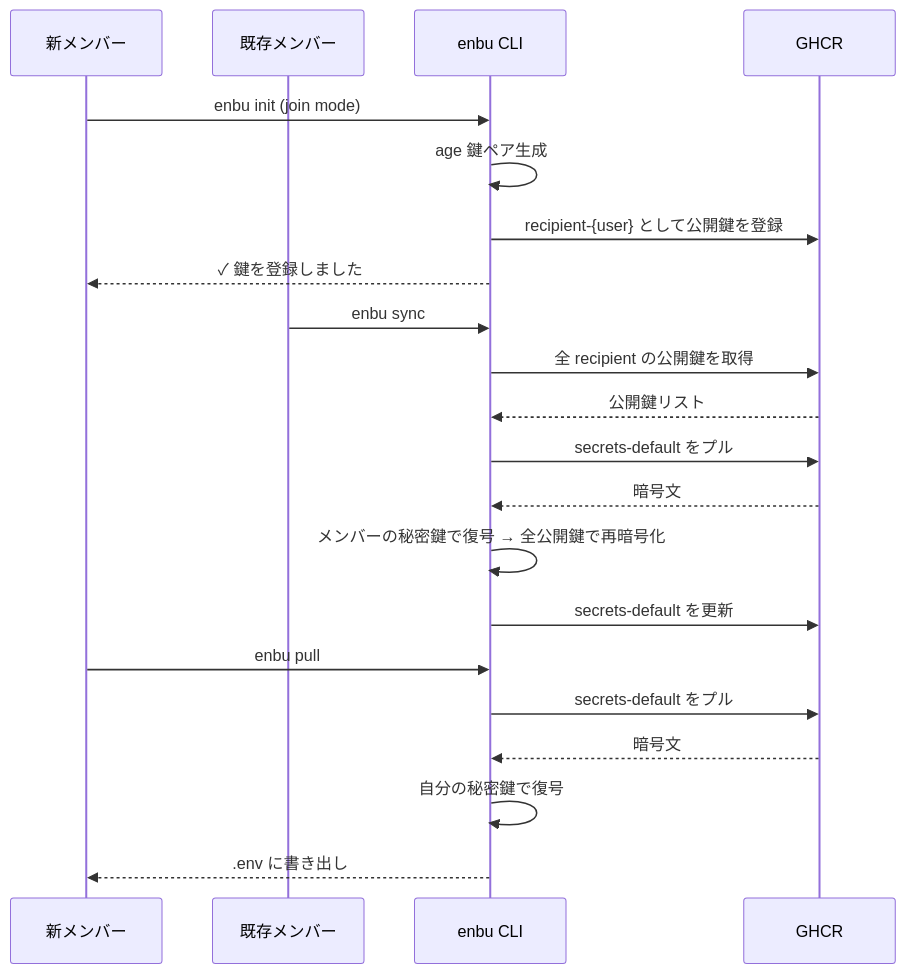
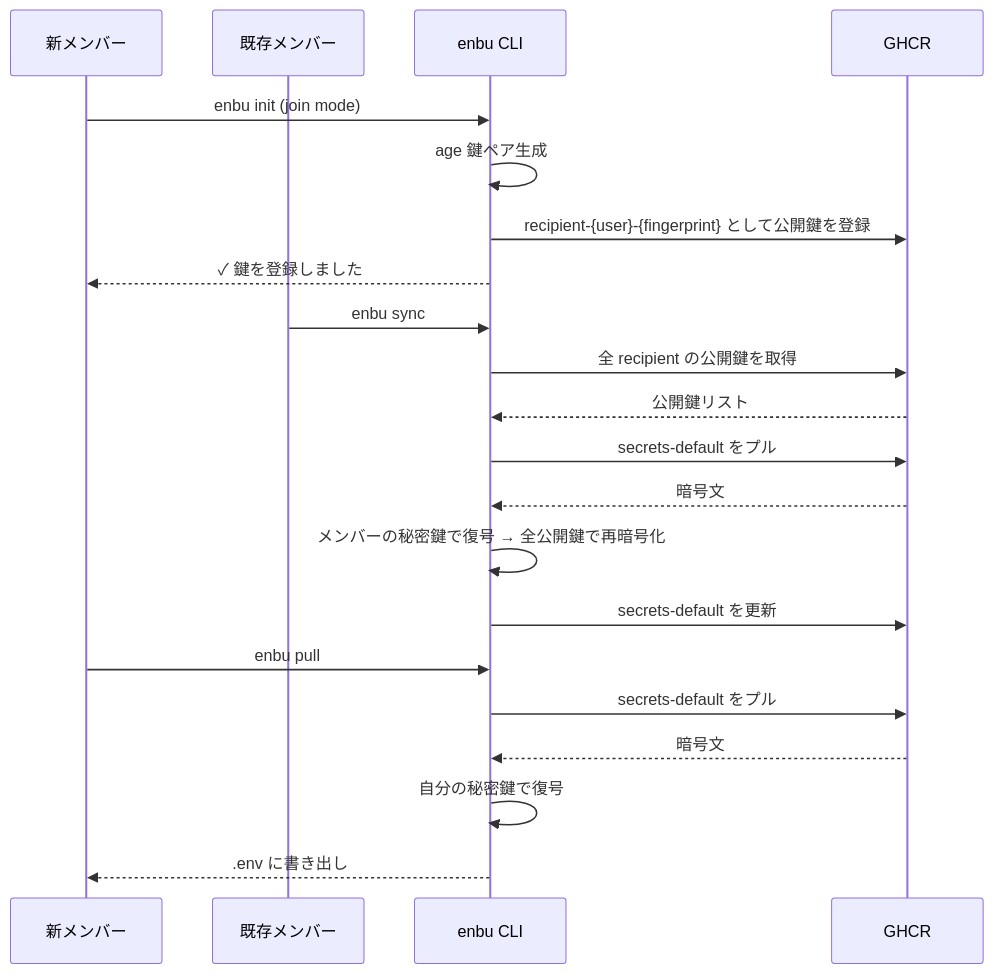
One commit to yashikota/enbu changed the third of 3 diagrams in README.ja.md. Above: the diagram before and after it, drawn with Mermaid. The commit also changed other lines of this file and 20 other files, not shown here.

````diff
--- a/README.ja.md
+++ b/README.ja.md
@@ -168,26 +204,26 @@
 ```mermaid
 sequenceDiagram
     participant New as 新メンバー
     participant Member as 既存メンバー
     participant CLI as enbu CLI
     participant GHCR as GHCR
 
     New->>CLI: enbu init (join mode)
     CLI->>CLI: age 鍵ペア生成
-    CLI->>GHCR: recipient-{user} として公開鍵を登録
+    CLI->>GHCR: recipient-{user}-{fingerprint} として公開鍵を登録
     CLI-->>New: ✓ 鍵を登録しました
 
     Member->>CLI: enbu sync
     CLI->>GHCR: 全 recipient の公開鍵を取得
     GHCR-->>CLI: 公開鍵リスト
     CLI->>GHCR: secrets-default をプル
     GHCR-->>CLI: 暗号文
     CLI->>CLI: メンバーの秘密鍵で復号 → 全公開鍵で再暗号化
     CLI->>GHCR: secrets-default を更新
 
     New->>CLI: enbu pull
     CLI->>GHCR: secrets-default をプル
     GHCR-->>CLI: 暗号文
     CLI->>CLI: 自分の秘密鍵で復号
     CLI-->>New: .env に書き出し
 ```
````
